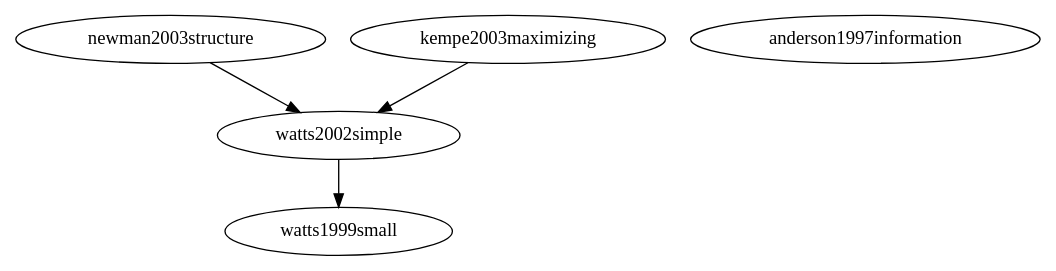
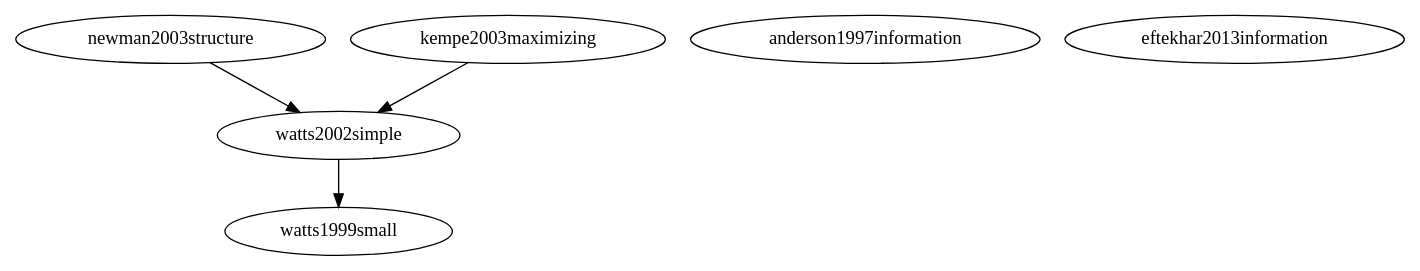
Before and after one commit to turbopope/nss: the diagram in bibliography/bibliography.dot, drawn with Graphviz. The commit also changed 2 other files, not shown here.

Commit message:
Add eftekhar2013information

```diff
--- a/bibliography/bibliography.dot
+++ b/bibliography/bibliography.dot
@@ -1,6 +1,7 @@
 digraph citations {
   newman2003structure -> watts2002simple
   kempe2003maximizing -> watts2002simple
   watts2002simple -> watts1999small
   anderson1997information
+  eftekhar2013information
 }
```
